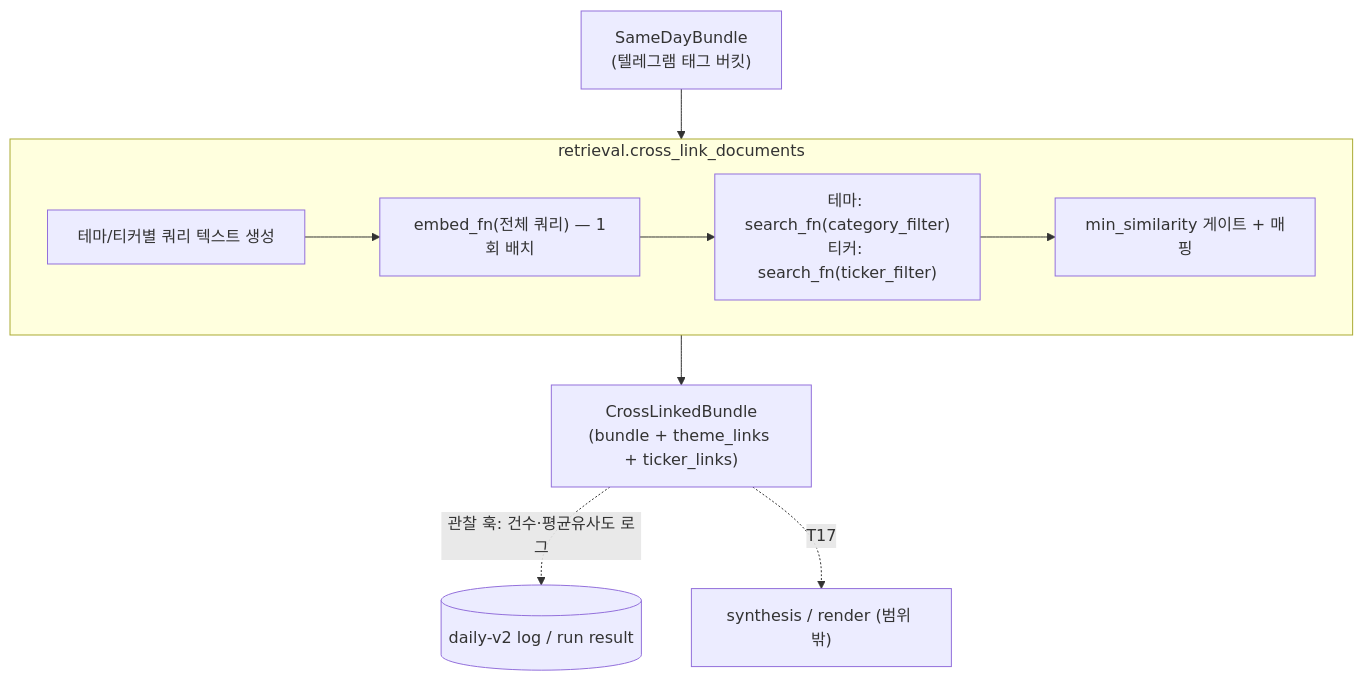
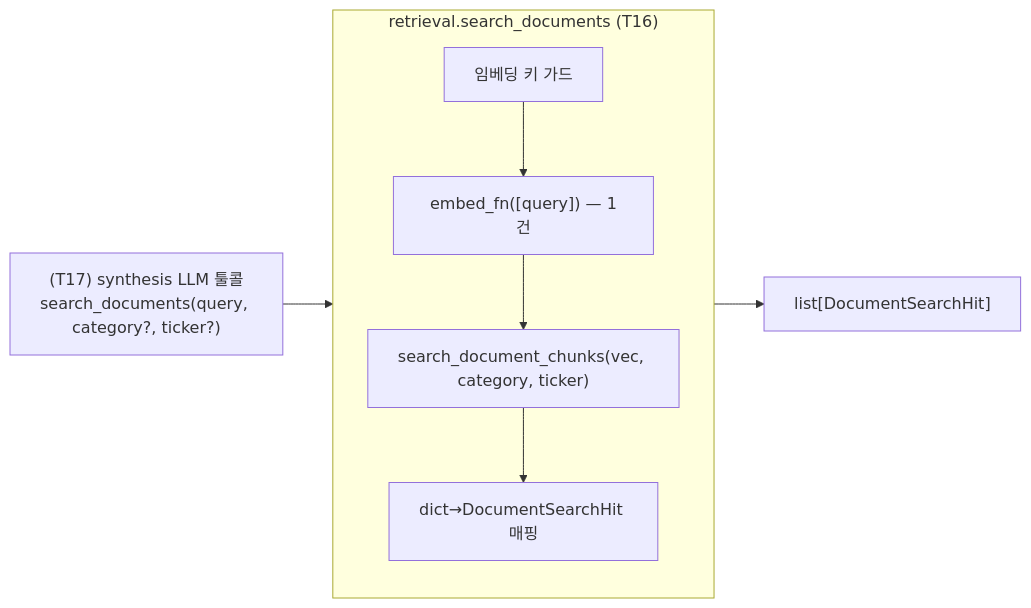
The diagram in docs/superpowers/specs/2026-06-15-t16-telegram-pdf-cross-link-design.md (rutesun/invest-jarvis), drawn with Mermaid before and after one commit. The commit also changed other lines of this file, not shown here.

First line of the commit message:
docs(t16): rescope to PDF search fn consumed by T17 LLM tool

````diff
--- a/docs/superpowers/specs/2026-06-15-t16-telegram-pdf-cross-link-design.md
+++ b/docs/superpowers/specs/2026-06-15-t16-telegram-pdf-cross-link-design.md
@@ -77,12 +66,11 @@
 ```mermaid
-flowchart TD
-  bundle["SameDayBundle<br/>(텔레그램 태그 버킷)"] --> X[cross_link_documents]
-  subgraph X["retrieval.cross_link_documents"]
-    Q["테마/티커별 쿼리 텍스트 생성"] --> E["embed_fn(전체 쿼리) — 1회 배치"]
-    E --> S["테마: search_fn(category_filter)<br/>티커: search_fn(ticker_filter)"]
-    S --> F["min_similarity 게이트 + 매핑"]
+flowchart LR
+  T17["(T17) synthesis LLM 툴콜<br/>search_documents(query, category?, ticker?)"]
+  --> SD["retrieval.search_documents"]
+  subgraph SD["retrieval.search_documents (T16)"]
+    G["임베딩 키 가드"] --> E["embed_fn([query]) — 1건"]
+    E --> S["search_document_chunks(vec, category, ticker)"]
+    S --> M["dict→DocumentSearchHit 매핑"]
   end
-  X --> CL["CrossLinkedBundle<br/>(bundle + theme_links + ticker_links)"]
-  CL -.->|관찰 훅: 건수·평균유사도 로그| LOG[(daily-v2 log / run result)]
-  CL -.->|T17| SYN["synthesis / render (범위 밖)"]
+  SD --> HITS["list[DocumentSearchHit]"]
 ```
````
